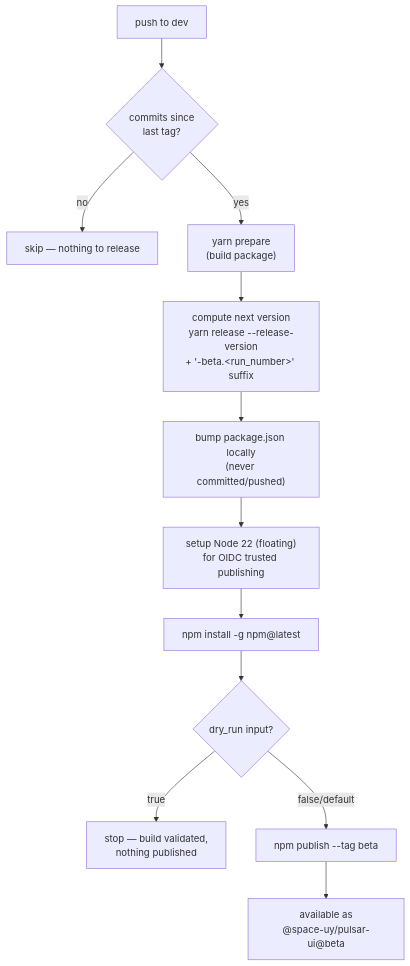
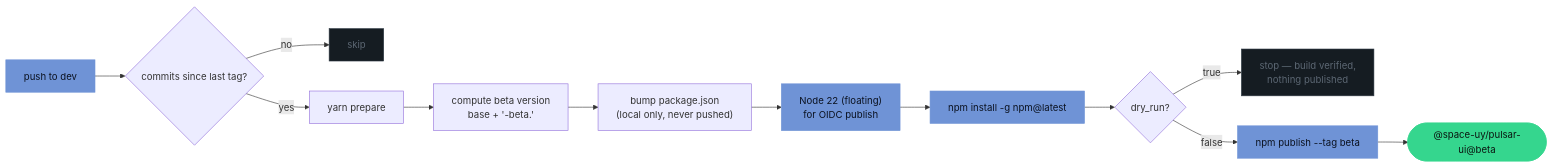
Before and after one commit to SpaceUY/pulsar-ui: the third of 5 diagrams in COLLABORATION_FLOW.md, drawn with Mermaid. The commit also changed other lines of this file and 10 other files, not shown here.

````diff
--- a/COLLABORATION_FLOW.md
+++ b/COLLABORATION_FLOW.md
@@ -109,14 +190,22 @@
 ```mermaid
-flowchart TD
-    A["push to dev"] --> B{"commits since\nlast tag?"}
-    B -- no --> Z["skip — nothing to release"]
-    B -- yes --> C["yarn prepare\n(build package)"]
-    C --> D["compute next version\nyarn release --release-version\n+ '-beta.&lt;run_number&gt;' suffix"]
-    D --> E["bump package.json locally\n(never committed/pushed)"]
-    E --> F["setup Node 22 (floating)\nfor OIDC trusted publishing"]
+flowchart LR
+    A["push to dev"] --> B{commits since last tag?}
+    B -- no --> Z["skip"]
+    B -- yes --> C["yarn prepare"]
+    C --> D["compute beta version\nbase + '-beta.<run_number>'"]
+    D --> E["bump package.json\n(local only, never pushed)"]
+    E --> F["Node 22 (floating)\nfor OIDC publish"]
     F --> G["npm install -g npm@latest"]
-    G --> H{"dry_run input?"}
-    H -- true --> I["stop — build validated,\nnothing published"]
-    H -- false/default --> J["npm publish --tag beta"]
-    J --> K["available as\n@space-uy/pulsar-ui@beta"]
+    G --> H{dry_run?}
+    H -- true --> I["stop — build verified,\nnothing published"]
+    H -- false --> J["npm publish --tag beta"]
+    J --> K(["@space-uy/pulsar-ui@beta"])
+
+    classDef automation fill:#6f93d6,stroke:#6f93d6,color:#0b1220
+    classDef devline fill:#35d68e,stroke:#35d68e,color:#0b1510
+    classDef dim fill:#151c22,stroke:#2c3742,color:#5c6773
+
+    class A,F,G,J automation
+    class K devline
+    class Z,I dim
 ```
````
